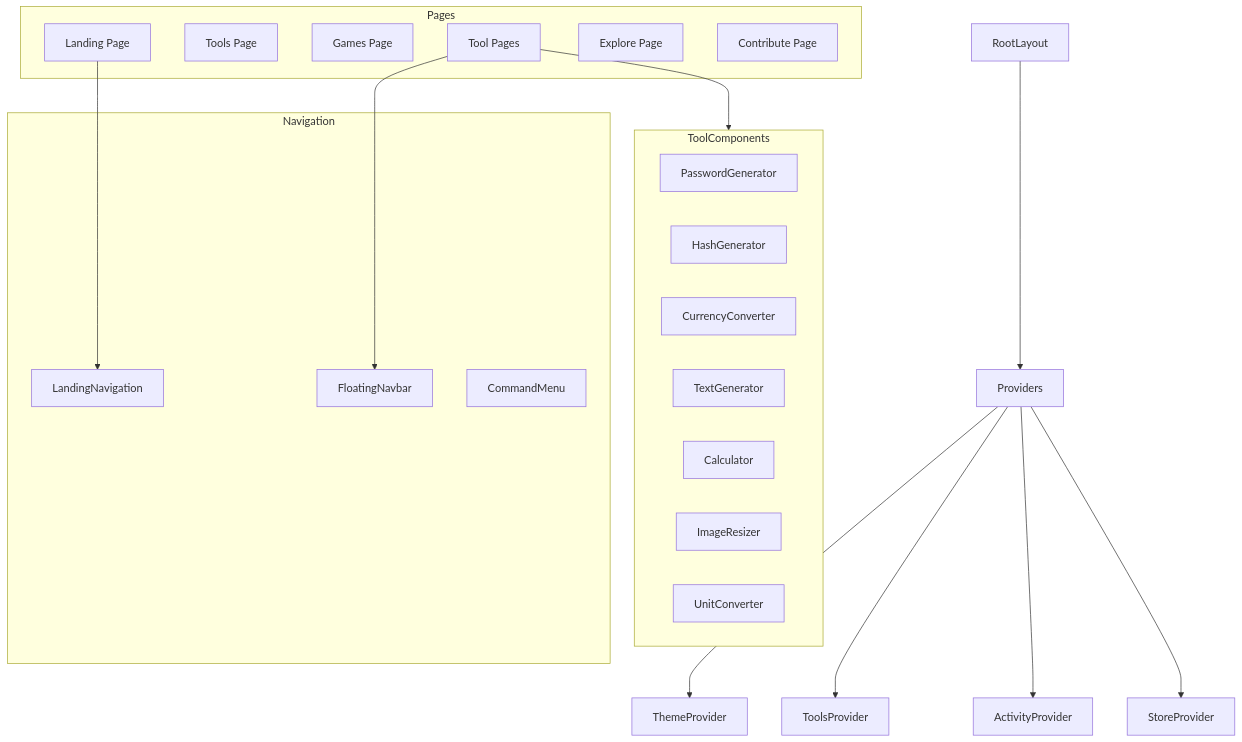
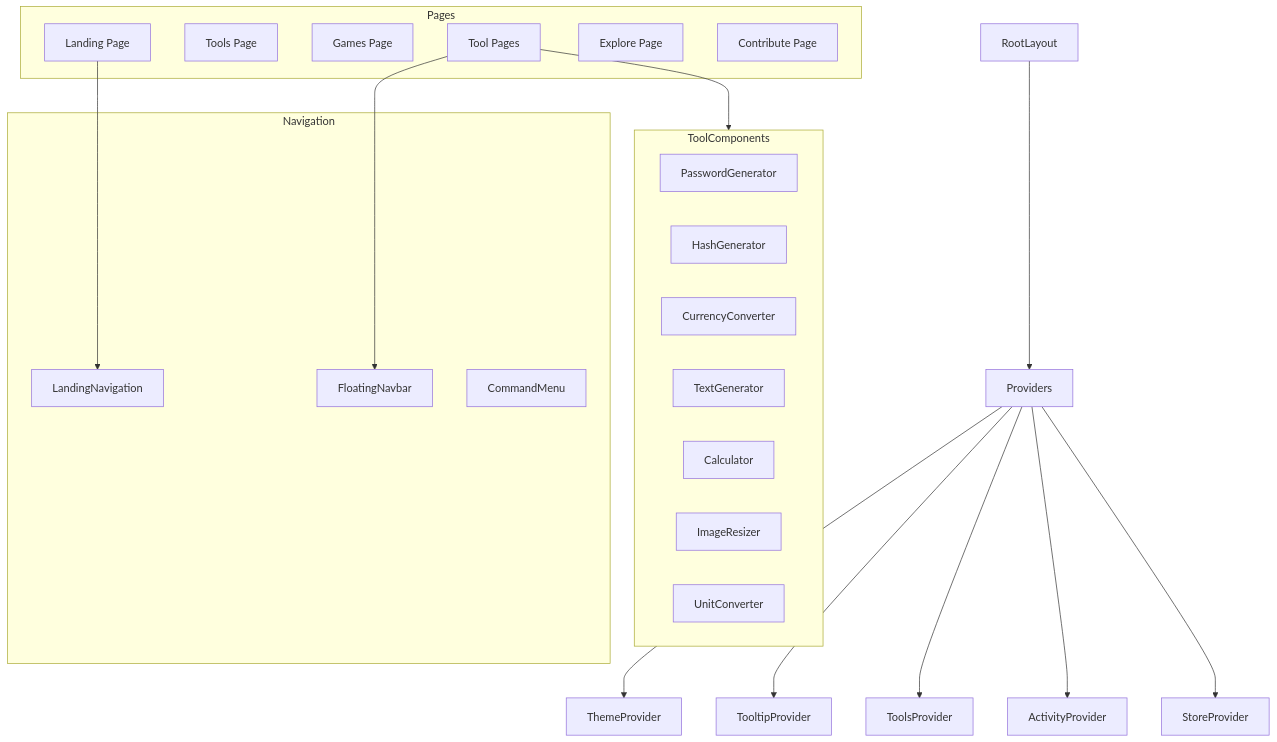
The diagram in docs/COMPONENTS.md (puri-adityakumar/astraa), drawn with Mermaid before and after one commit. The commit also changed other lines of this file and 30 other files, not shown here.

````diff
--- a/docs/COMPONENTS.md
+++ b/docs/COMPONENTS.md
@@ -16,39 +16,40 @@
 ```mermaid
 graph TB
     App[RootLayout]
     App --> Providers
     Providers --> ThemeProvider
+    Providers --> TooltipProvider
     Providers --> ToolsProvider
     Providers --> ActivityProvider
     Providers --> StoreProvider
 
     subgraph Pages
         Landing[Landing Page]
         Tools[Tools Page]
         Games[Games Page]
         ToolPage[Tool Pages]
         Explore[Explore Page]
         Contribute[Contribute Page]
     end
 
     subgraph Navigation
         LandingNav[LandingNavigation]
         FloatingNav[FloatingNavbar]
         CommandMenu[CommandMenu]
     end
 
     Landing --> LandingNav
     ToolPage --> FloatingNav
 
     subgraph ToolComponents
         Password[PasswordGenerator]
         Hash[HashGenerator]
         Currency[CurrencyConverter]
         Text[TextGenerator]
         Calculator[Calculator]
         Image[ImageResizer]
         Units[UnitConverter]
     end
 
     ToolPage --> ToolComponents
 ```
````
